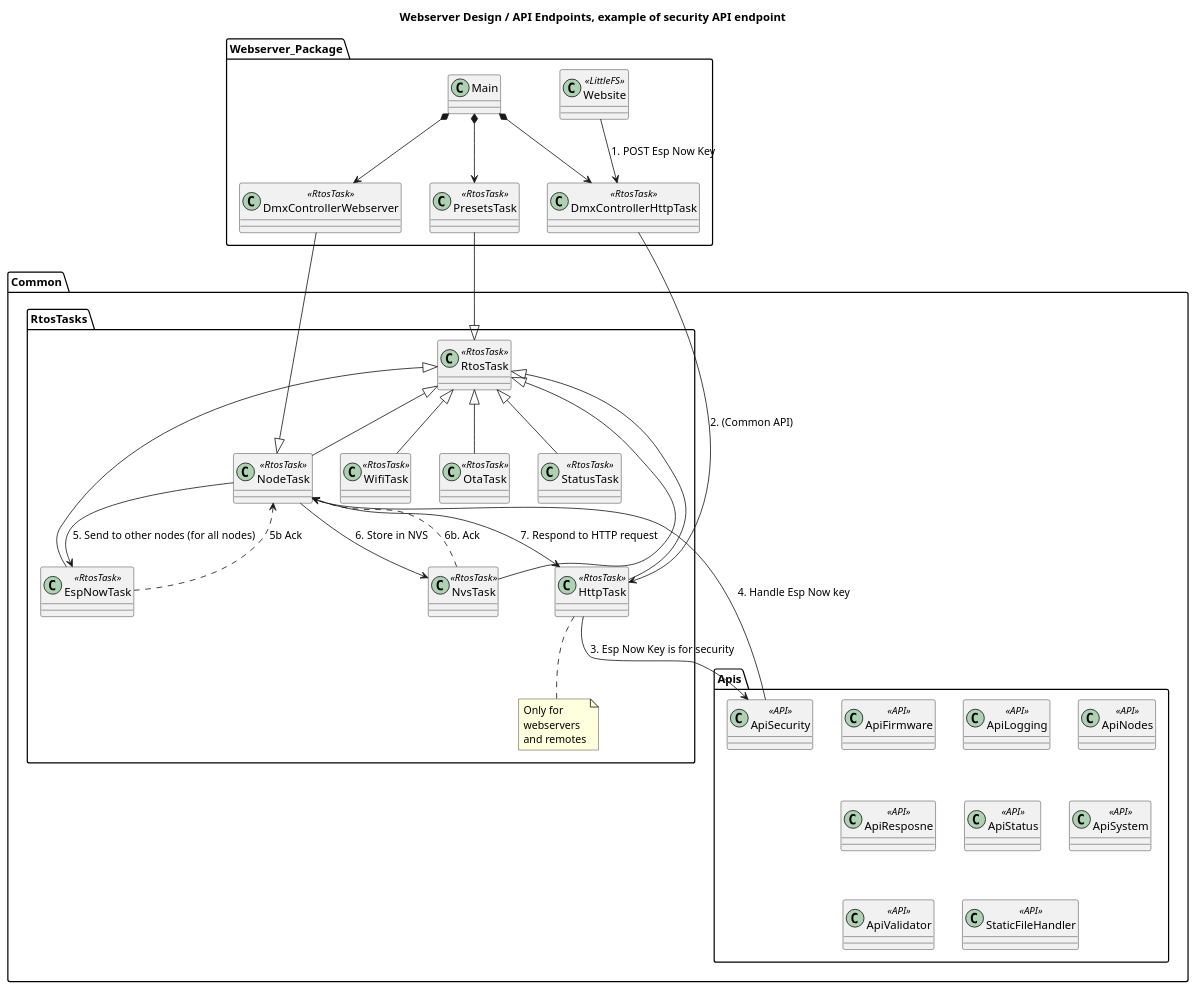
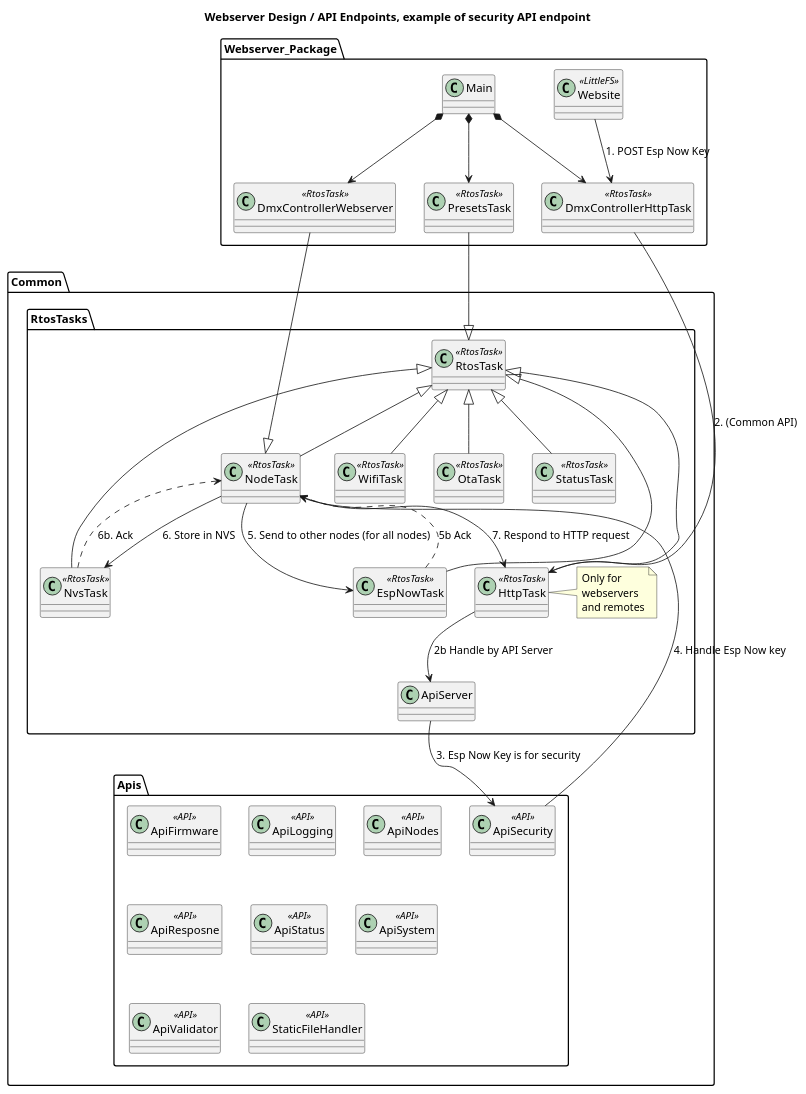
The second of 5 diagrams in docs/requirements_and_dds/slaves/webserver.puml (michelkeijzers/Esp32Framework), drawn with PlantUML before and after one commit. The commit also changed other lines of this file and 9 other files, not shown here.

Commit message:
Renamed/located Webserver to ApiServer

```diff
--- a/docs/requirements_and_dds/slaves/webserver.puml
+++ b/docs/requirements_and_dds/slaves/webserver.puml
@@ -79,79 +79,80 @@
 @startuml 
 
 title Webserver Design / API Endpoints, example of security API endpoint 
 
 package Webserver_Package
 {
     class Main {}
 
     class DmxControllerWebserver <<RtosTask>> {}
 
     class Website <<LittleFS>>
 
     class DmxControllerHttpTask <<RtosTask>> {}
     class PresetsTask <<RtosTask>> {}
 
     Main *--> DmxControllerWebserver
     Main *--> DmxControllerHttpTask
     Main *--> PresetsTask
 
     Website --> DmxControllerHttpTask : 1. POST Esp Now Key
 }
 
 package Common 
 {
     package Apis 
     {
+        class ApiSecurity <<API>> {}
         class ApiFirmware <<API>> {}
         class ApiLogging <<API>> {}
         class ApiNodes <<API>> {}
         class ApiResposne <<API>> {}
-        class ApiSecurity <<API>> {}
         class ApiStatus <<API>> {}
         class ApiSystem <<API>> {}
         class ApiValidator <<API>> {}
         class StaticFileHandler <<API>> {}
     }
 
     package RtosTasks
     {
         class RtosTask <<RtosTask>> {}
 
         class NodeTask <<RtosTask>> {}
         class HttpTask <<RtosTask>> {}
-        note bottom of HttpTask
+        class ApiServer {}
+        HttpTask --> ApiServer : 2b Handle by API Server
+
+        note right of HttpTask
             Only for
             webservers
             and remotes
         end note        
         class WifiTask <<RtosTask>> {}
         class EspNowTask <<RtosTask>> {}
         class OtaTask <<RtosTask>> {}
         class StatusTask <<RtosTask>> {}
         class NvsTask <<RtosTask>> {}
 
         NodeTask -u-|> RtosTask
         HttpTask -u-|> RtosTask
         WifiTask -u-|> RtosTask
         EspNowTask -u-|> RtosTask
         OtaTask -u-|> RtosTask
         StatusTask -u-|> RtosTask
         NvsTask -u-|> RtosTask
     }
 
-    HttpTask --> ApiSecurity : 3. Esp Now Key is for security
-    ApiSecurity --> NodeTask : 4. Handle Esp Now key
+    ApiServer --> ApiSecurity : 3. Esp Now Key is for security
+    ApiSecurity -> NodeTask : 4. Handle Esp Now key
     NodeTask --> EspNowTask : 5. Send to other nodes (for all nodes)
     EspNowTask ..> NodeTask: 5b Ack
     NodeTask --> NvsTask : 6. Store in NVS 
     NvsTask ..> NodeTask : 6b. Ack
     NodeTask --> HttpTask : 7. Respond to HTTP request
-
-
 }
 
 DmxControllerWebserver --|> NodeTask
 DmxControllerHttpTask --> HttpTask : 2. (Common API)
 PresetsTask --|> RtosTask
 
 @enduml
```
